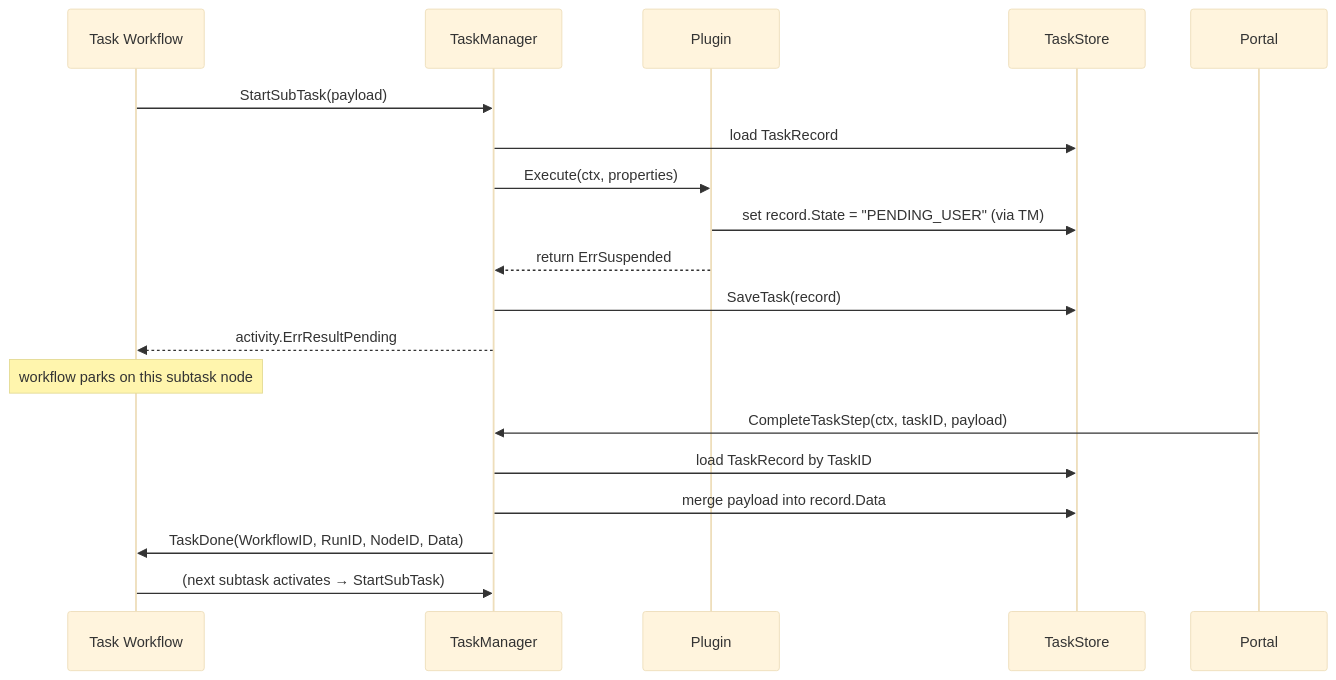
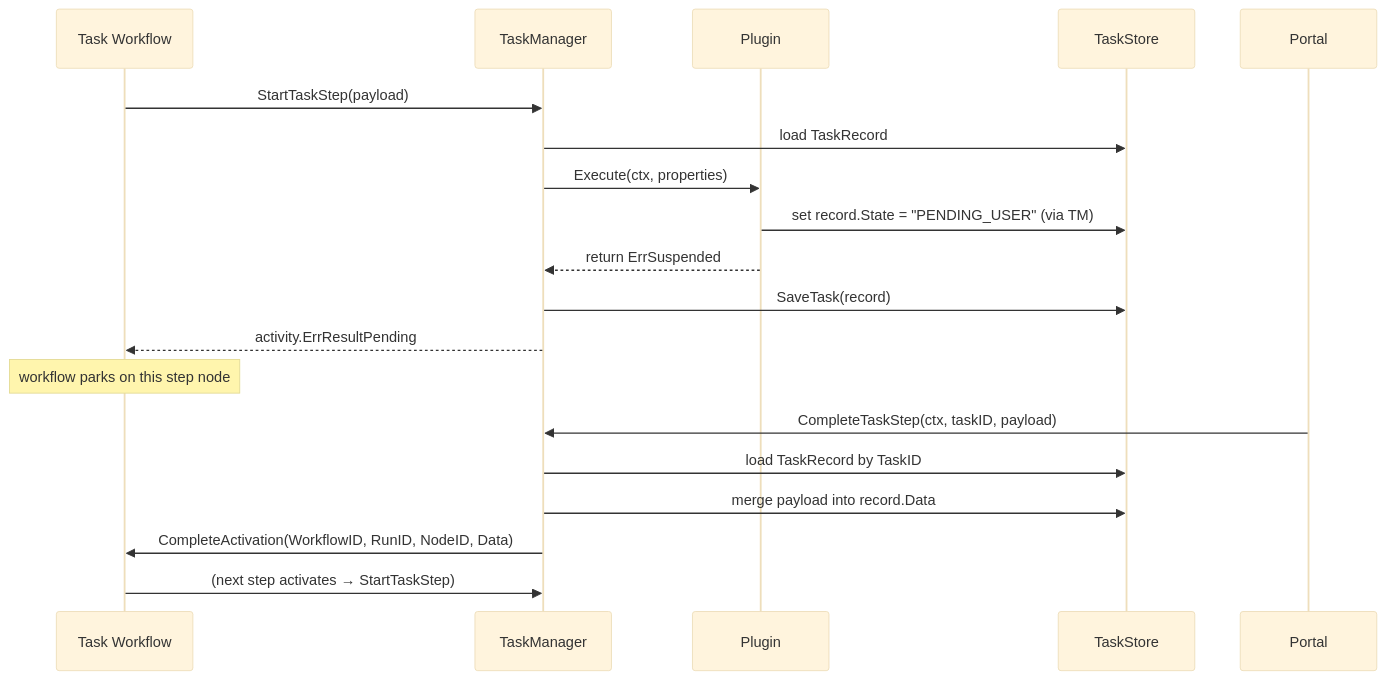
The second of 2 diagrams in taskflow/docs/architecture.md (OpenNSW/core), drawn with Mermaid (base theme) before and after one commit. The commit also changed other lines of this file and 19 other files, not shown here.

````diff
--- a/taskflow/docs/architecture.md
+++ b/taskflow/docs/architecture.md
@@ -156,24 +158,24 @@
 ```mermaid
 sequenceDiagram
     participant TW as Task Workflow
     participant TM as TaskManager
     participant P as Plugin
     participant DB as TaskStore
     participant FE as Portal
 
-    TW->>TM: StartSubTask(payload)
+    TW->>TM: StartTaskStep(payload)
     TM->>DB: load TaskRecord
     TM->>P: Execute(ctx, properties)
     P->>DB: set record.State = "PENDING_USER" (via TM)
     P-->>TM: return ErrSuspended
     TM->>DB: SaveTask(record)
     TM-->>TW: activity.ErrResultPending
 
-    Note over TW: workflow parks on this subtask node
+    Note over TW: workflow parks on this step node
 
     FE->>TM: CompleteTaskStep(ctx, taskID, payload)
     TM->>DB: load TaskRecord by TaskID
     TM->>DB: merge payload into record.Data
-    TM->>TW: TaskDone(WorkflowID, RunID, NodeID, Data)
-    TW->>TM: (next subtask activates → StartSubTask)
+    TM->>TW: CompleteActivation(WorkflowID, RunID, NodeID, Data)
+    TW->>TM: (next step activates → StartTaskStep)
 ```
````
